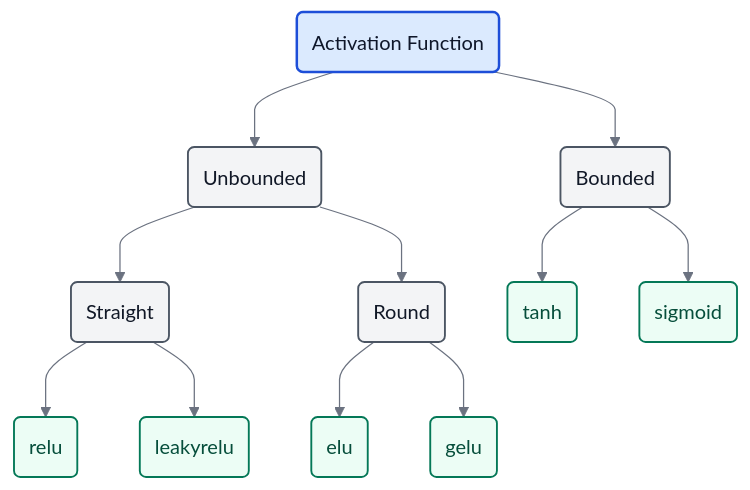
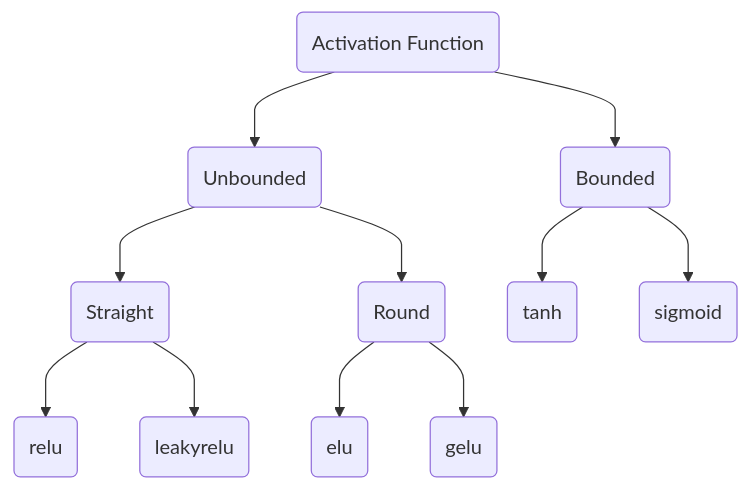
One commit to GabrielePintus/GabrielePintus.github.io changed the diagram in _projects/gaht.md. Above: the diagram before and after it, drawn with Mermaid. The commit also changed 3 other files, not shown here.

```diff
--- a/_projects/gaht.md
+++ b/_projects/gaht.md
@@ -49,44 +49,27 @@
 <div class="mermaid">
 %%{init: {
-  'theme': 'base',
   'flowchart': {
     'curve': 'monotoneY',
     'nodeSpacing': 50,
     'rankSpacing': 60,
     'padding': 12
-  },
-  'themeVariables': {
-    'fontSize': '16px',
-    'fontFamily': 'ui-sans-serif, -apple-system, BlinkMacSystemFont, Segoe UI, sans-serif',
-    'lineColor': '#6b7280',
-    'textColor': '#111827',
-    'primaryColor': '#e5e7eb',
-    'primaryBorderColor': '#374151'
   }
 }}%%
 graph TD
     root(Activation Function)
 
     root --> unbounded(Unbounded)
     root --> bounded(Bounded)
 
     unbounded --> straight(Straight)
     unbounded --> round(Round)
 
     bounded --> tanh(tanh)
     bounded --> sigmoid(sigmoid)
 
     straight --> relu(relu)
     straight --> leakyrelu(leakyrelu)
 
     round --> elu(elu)
     round --> gelu(gelu)
-
-    classDef root fill:#dbeafe,stroke:#1d4ed8,color:#0f172a,stroke-width:2px;
-    classDef internal fill:#f3f4f6,stroke:#4b5563,color:#111827,stroke-width:1.5px;
-    classDef leaf fill:#ecfdf5,stroke:#047857,color:#064e3b,stroke-width:1.5px;
-
-    class root root;
-    class unbounded,bounded,straight,round internal;
-    class tanh,sigmoid,relu,leakyrelu,elu,gelu leaf;
 </div>
```
